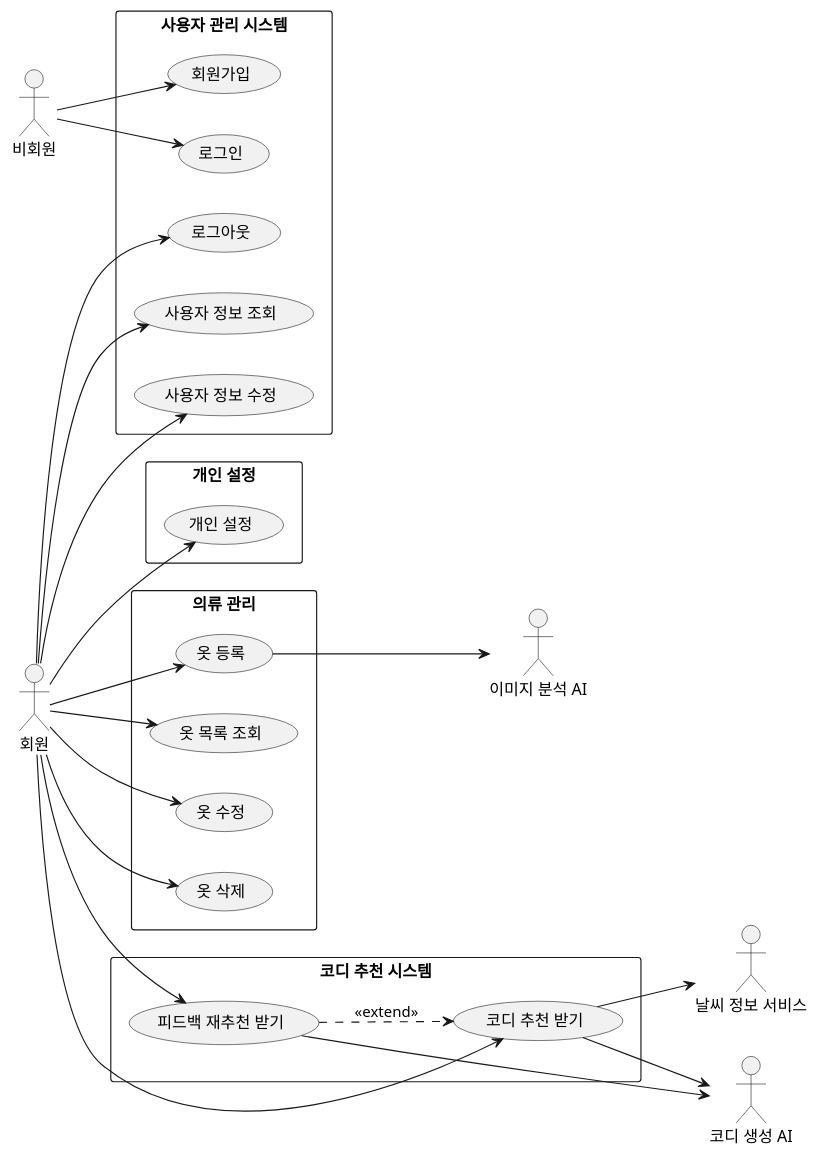
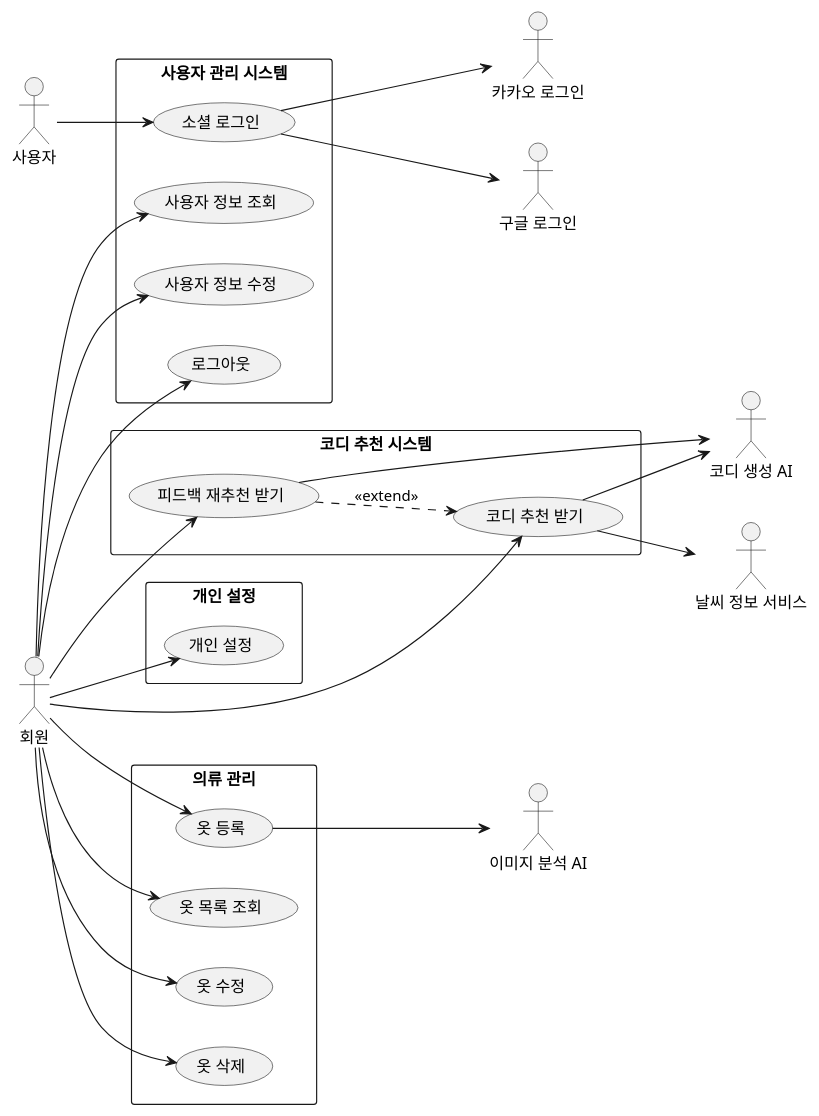
The diagram in src/content/docs/use-cases/system.md (wzrabbit/closet-fairy-diagrams), drawn with PlantUML before and after one commit. The commit also changed 7 other files, not shown here.

Commit message:
docs: 사용자 관리 SRS 상세화 (소셜 로그인 전환)

````diff
--- a/src/content/docs/use-cases/system.md
+++ b/src/content/docs/use-cases/system.md
@@ -10,55 +10,57 @@
 ```plantuml
 @startuml
 left to right direction
 skinparam packageStyle rectangle
 skinparam shadowing false
 
-actor "비회원" as Guest
+actor "사용자" as User
 actor "회원" as Member
+actor "구글 로그인" as Google
+actor "카카오 로그인" as Kakao
 actor "이미지 분석 AI" as ImageAI
 actor "코디 생성 AI" as CodyAI
 actor "날씨 정보 서비스" as Weather
 
 rectangle "사용자 관리 시스템" {
-  usecase "회원가입" as Register
-  usecase "로그인" as Login
+  usecase "소셜 로그인" as Login
   usecase "로그아웃" as Logout
   usecase "사용자 정보 조회" as ViewUser
   usecase "사용자 정보 수정" as EditUser
 }
 
 rectangle "개인 설정" {
   usecase "개인 설정" as Settings
 }
 
 rectangle "의류 관리" {
   usecase "옷 등록" as ClothAdd
   usecase "옷 목록 조회" as ClothList
   usecase "옷 수정" as ClothEdit
   usecase "옷 삭제" as ClothDelete
 }
 
 rectangle "코디 추천 시스템" {
   usecase "코디 추천 받기" as Recommend
   usecase "피드백 재추천 받기" as Refeedback
 }
 
-Guest --> Register
-Guest --> Login
+User --> Login
+Login --> Google
+Login --> Kakao
 Member --> Logout
 Member --> ViewUser
 Member --> EditUser
 Member --> Settings
 Member --> ClothAdd
 Member --> ClothList
 Member --> ClothEdit
 Member --> ClothDelete
 Member --> Recommend
 Member --> Refeedback
 ClothAdd --> ImageAI
 Recommend --> CodyAI
 Recommend --> Weather
 Refeedback --> CodyAI
 Refeedback ..> Recommend : <<extend>>
 @enduml
 ```
````
